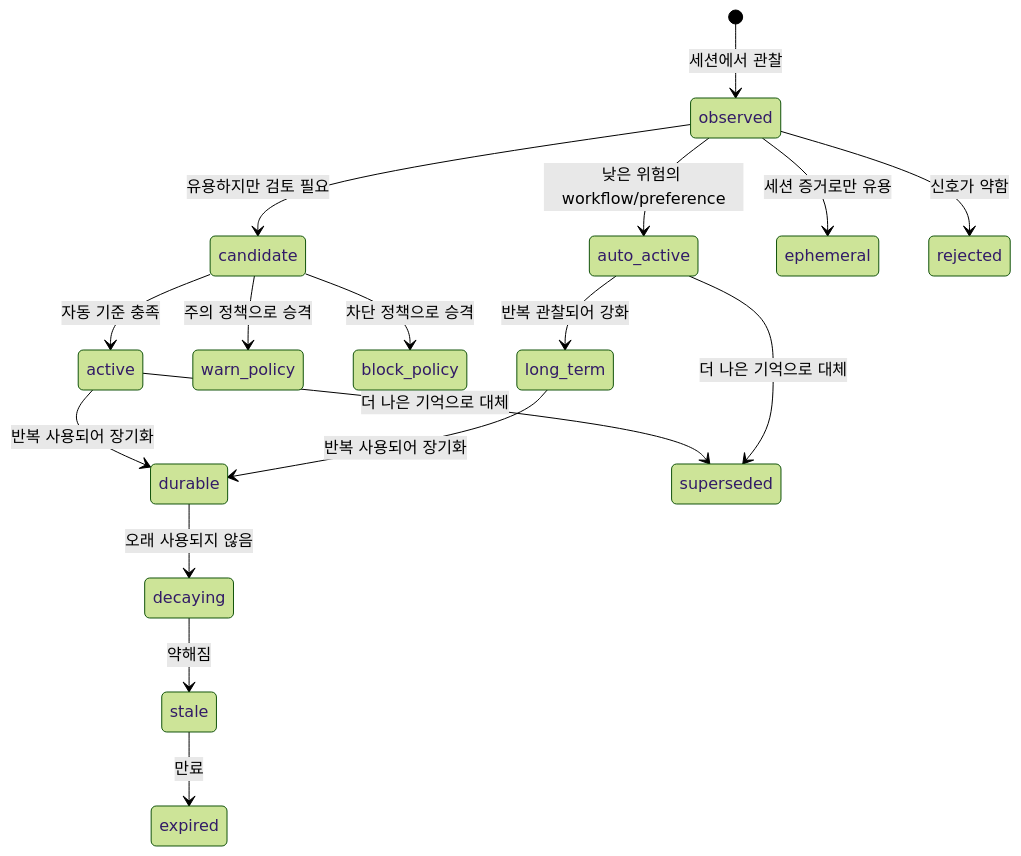
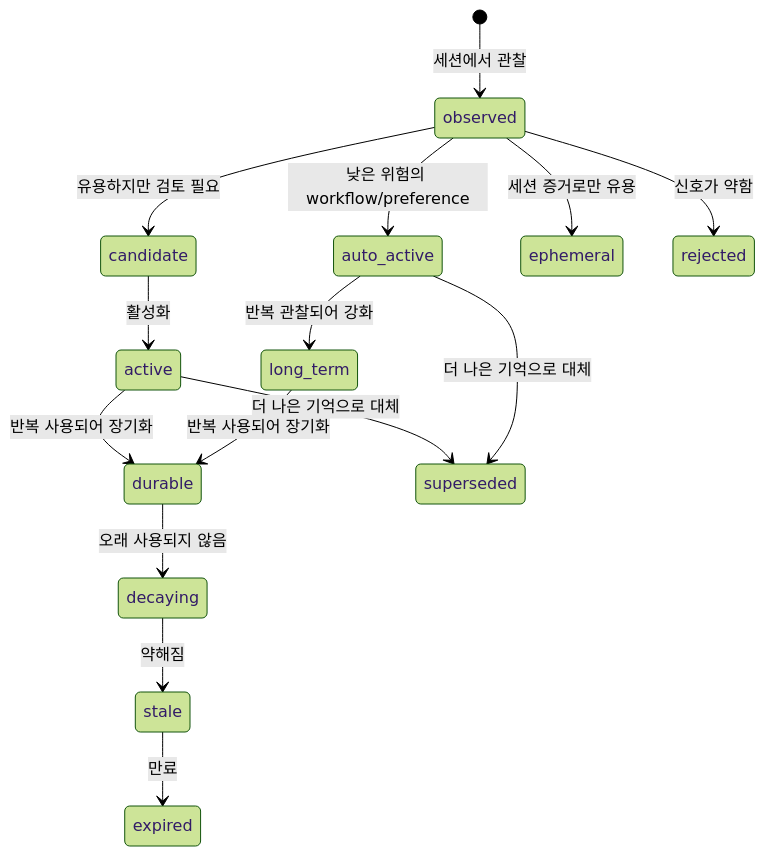
One commit to lteawoo/MemAssist changed the third of 8 diagrams in README.md. Above: the diagram before and after it, drawn with Mermaid (forest theme). The commit also changed other lines of this file and 42 other files, not shown here.

````diff
--- a/README.md
+++ b/README.md
@@ -153,21 +159,19 @@
 ```mermaid
 stateDiagram-v2
     [*] --> observed: 세션에서 관찰
     observed --> auto_active: 낮은 위험의 workflow/preference
     observed --> candidate: 유용하지만 검토 필요
     observed --> ephemeral: 세션 증거로만 유용
     observed --> rejected: 신호가 약함
 
-    candidate --> active: 자동 기준 충족
-    candidate --> warn_policy: 주의 정책으로 승격
-    candidate --> block_policy: 차단 정책으로 승격
+    candidate --> active: 활성화
     auto_active --> long_term: 반복 관찰되어 강화
     active --> durable: 반복 사용되어 장기화
     long_term --> durable: 반복 사용되어 장기화
 
     durable --> decaying: 오래 사용되지 않음
     decaying --> stale: 약해짐
     stale --> expired: 만료
     active --> superseded: 더 나은 기억으로 대체
     auto_active --> superseded: 더 나은 기억으로 대체
 ```
````
